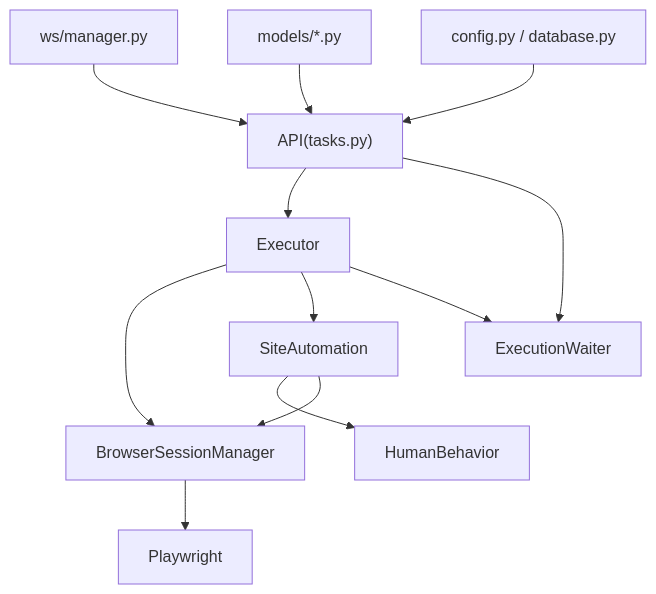
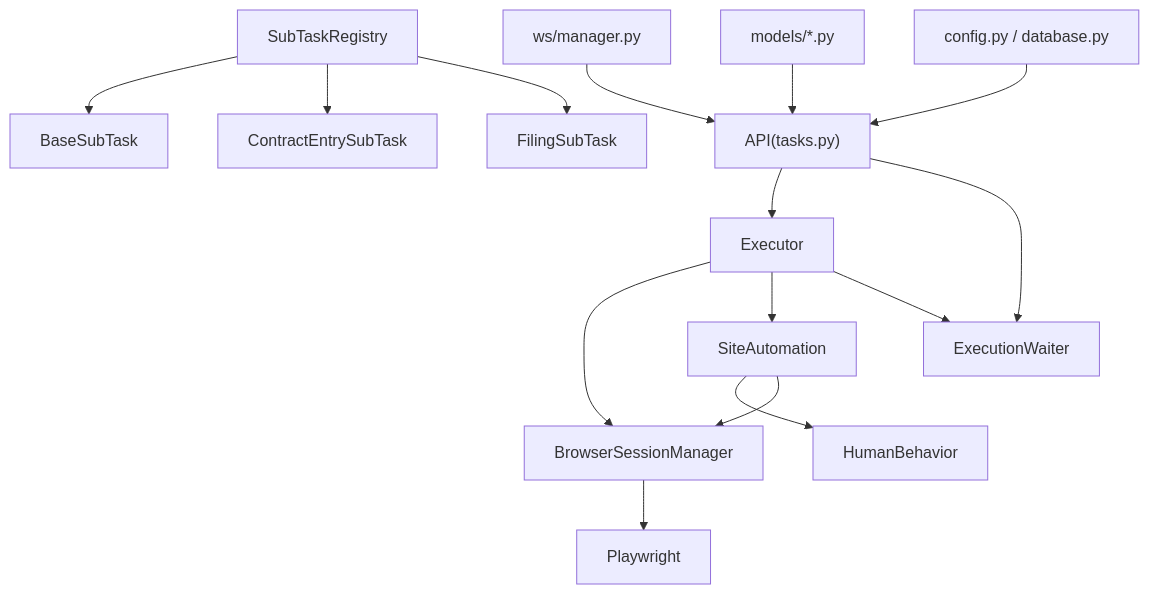
Diagram 11 of 11 in .qoder/repowiki/zh/content/浏览器自动化/浏览器自动化.md (onebody/ccclubs_AI_RPA), drawn with Mermaid before and after one commit. The commit also changed other lines of this file and 8 other files, not shown here.

Commit message:
feat: 实现违章查询/合同调整/违章转移三个子任务模块，完善SubTaskRegistry

````diff
--- a/.qoder/repowiki/zh/content/浏览器自动化/浏览器自动化.md
+++ b/.qoder/repowiki/zh/content/浏览器自动化/浏览器自动化.md
@@ -357,14 +512,17 @@
 ```mermaid
 graph TB
 SM["BrowserSessionManager"] --> PW["Playwright"]
 SA["SiteAutomation"] --> HB["HumanBehavior"]
 SA --> SM
+ST["SubTaskRegistry"] --> Base["BaseSubTask"]
+ST --> CE["ContractEntrySubTask"]
+ST --> FI["FilingSubTask"]
 Exec["Executor"] --> SM
 Exec --> SA
 Exec --> WT["ExecutionWaiter"]
 API["API(tasks.py)"] --> Exec
 API --> WT
 WS["ws/manager.py"] --> API
 DB["models/*.py"] --> API
 CFG["config.py / database.py"] --> API
 ```
````
